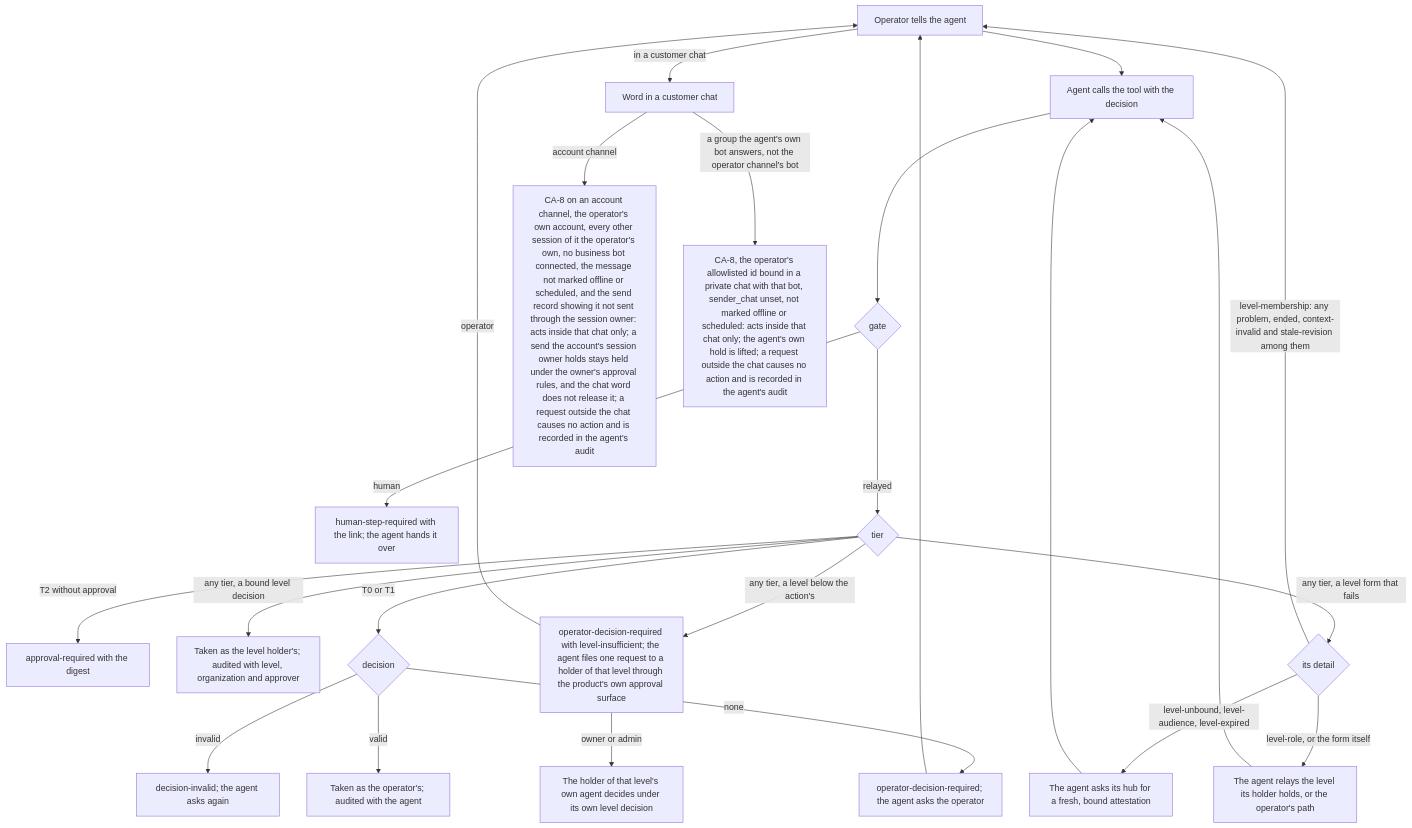
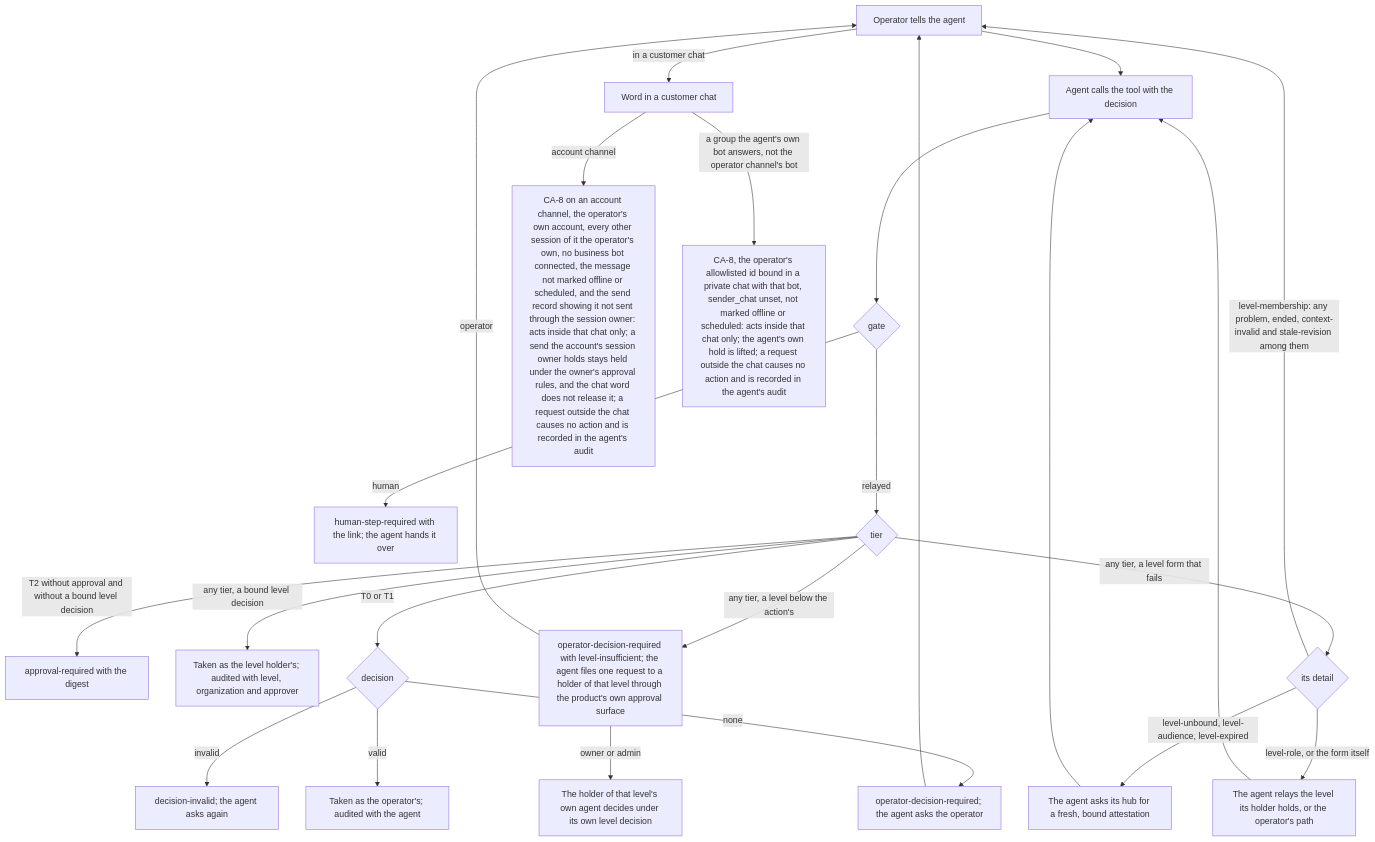
Diagram 29 of 34 in docs/ux/flows.md (passioncode-ai/fabric-agent-contract), drawn with Mermaid before and after one commit. The commit also changed other lines of this file and 13 other files, not shown here.

````diff
--- a/docs/ux/flows.md
+++ b/docs/ux/flows.md
@@ -752,26 +752,26 @@
 ```mermaid
 flowchart TD
   O[Operator tells the agent] --> C[Agent calls the tool with the decision]
   C --> G{gate}
   G -->|human| H[human-step-required with the link; the agent hands it over]
   G -->|relayed| T{tier}
-  T -->|T2 without approval| A[approval-required with the digest]
+  T -->|T2 without approval and without a bound level decision| A[approval-required with the digest]
   T -->|any tier, a bound level decision| L[Taken as the level holder's; audited with level, organization and approver]
   T -->|any tier, a level below the action's| N[operator-decision-required with level-insufficient; the agent files one request to a holder of that level through the product's own approval surface]
   T -->|any tier, a level form that fails| V{its detail}
   V -->|level-unbound, level-audience, level-expired| VF[The agent asks its hub for a fresh, bound attestation]
   V -->|level-membership: any problem, ended, context-invalid and stale-revision among them| O
   VF --> C
   V -->|level-role, or the form itself| VC[The agent relays the level its holder holds, or the operator's path]
   VC --> C
   N -->|owner or admin| HL[The holder of that level's own agent decides under its own level decision]
   N -->|operator| O
   T -->|T0 or T1| D{decision}
   D -->|none| Q[operator-decision-required; the agent asks the operator]
   Q --> O
   D -->|invalid| I[decision-invalid; the agent asks again]
   D -->|valid| R[Taken as the operator's; audited with the agent]
   O -->|in a customer chat| W[Word in a customer chat]
   W -->|account channel| K[CA-8 on an account channel, the operator's own account, every other session of it the operator's own, no business bot connected, the message not marked offline or scheduled, and the send record showing it not sent through the session owner: acts inside that chat only; a send the account's session owner holds stays held under the owner's approval rules, and the chat word does not release it; a request outside the chat causes no action and is recorded in the agent's audit]
   W -->|a group the agent's own bot answers, not the operator channel's bot| B[CA-8, the operator's allowlisted id bound in a private chat with that bot, sender_chat unset, not marked offline or scheduled: acts inside that chat only; the agent's own hold is lifted; a request outside the chat causes no action and is recorded in the agent's audit]
 ```
````
